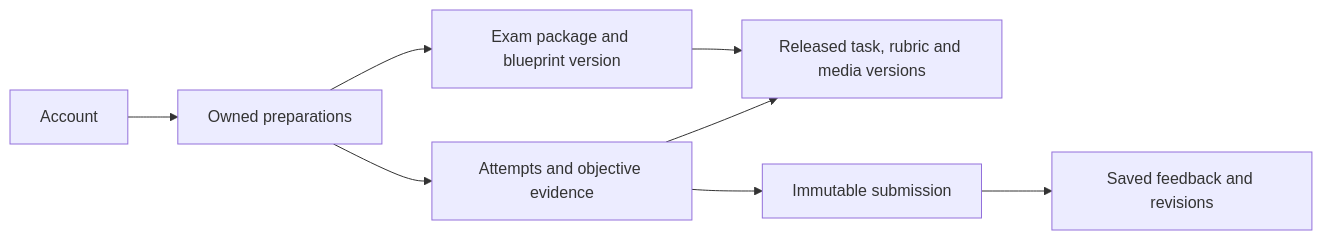
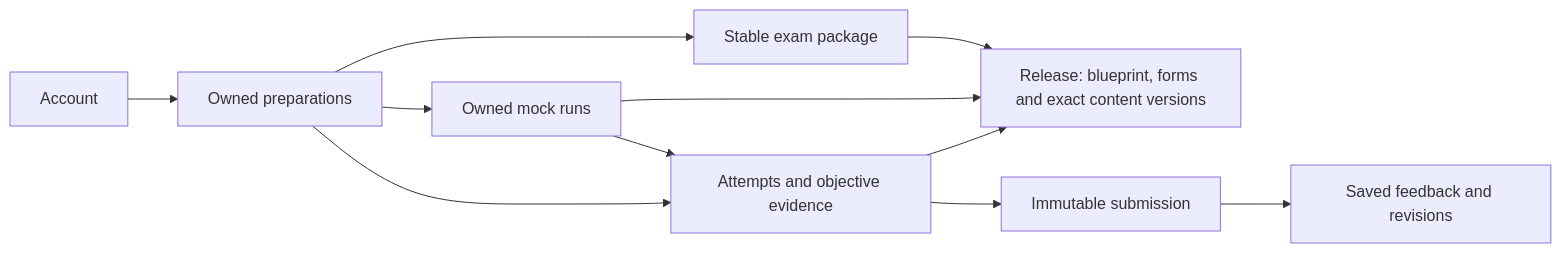
One commit to ronslink/hatoove changed the first of 2 diagrams in work/implementation/MULTI-EXAM-ARCHITECTURE-20261002.md. Above: the diagram before and after it, drawn with Mermaid. The commit also changed other lines of this file and 6 other files, not shown here.

Commit message:
Adopt mock preparation architecture and complete DTZ release rules

````diff
--- a/work/implementation/MULTI-EXAM-ARCHITECTURE-20261002.md
+++ b/work/implementation/MULTI-EXAM-ARCHITECTURE-20261002.md
@@ -82,10 +91,13 @@
 ```mermaid
 flowchart LR
     A[Account] --> P[Owned preparations]
-    P --> E[Exam package and blueprint version]
-    E --> C[Released task, rubric and media versions]
-    P --> T[Attempts and objective evidence]
+    P --> E[Stable exam package]
+    E --> C[Release: blueprint, forms and exact content versions]
+    P --> M[Owned mock runs]
+    M --> C
+    M --> T[Attempts and objective evidence]
+    P --> T
     T --> C
     T --> S[Immutable submission]
     S --> R[Saved feedback and revisions]
 ```
````
